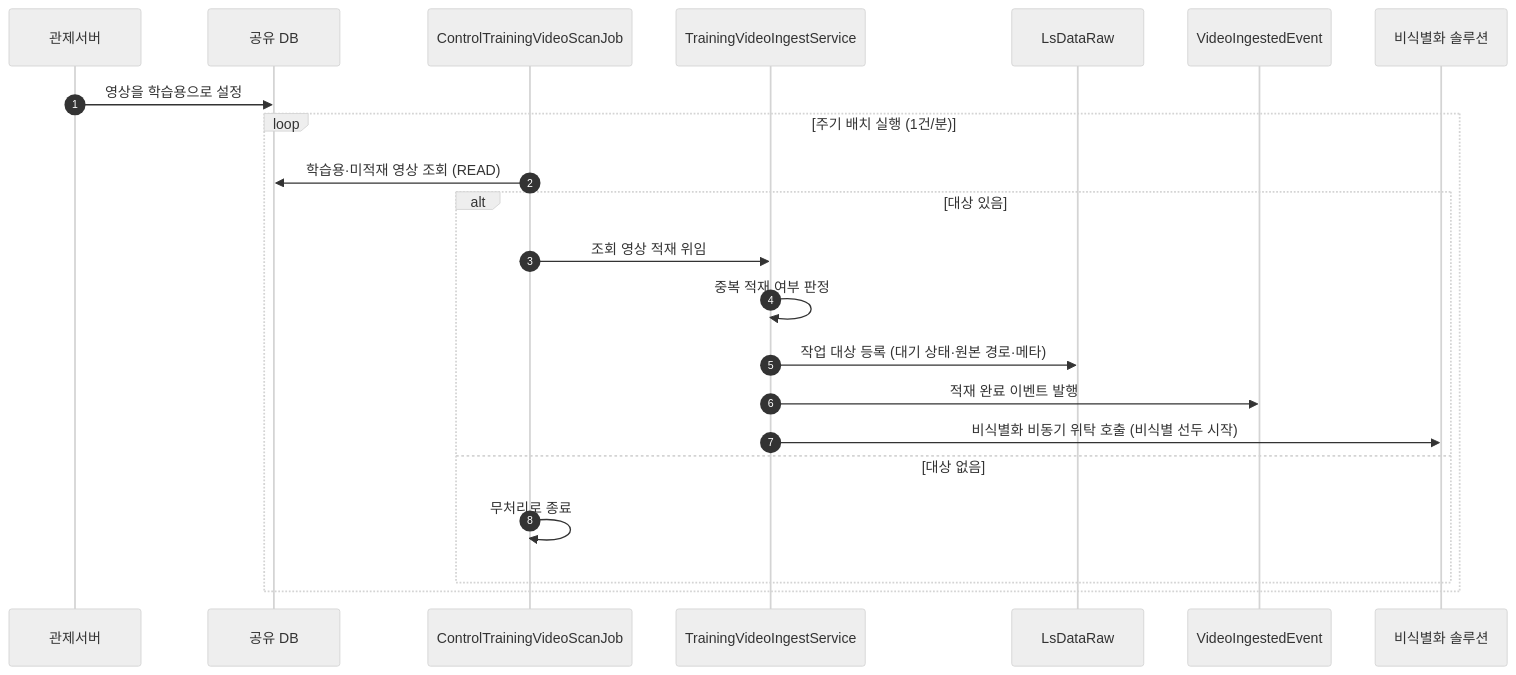
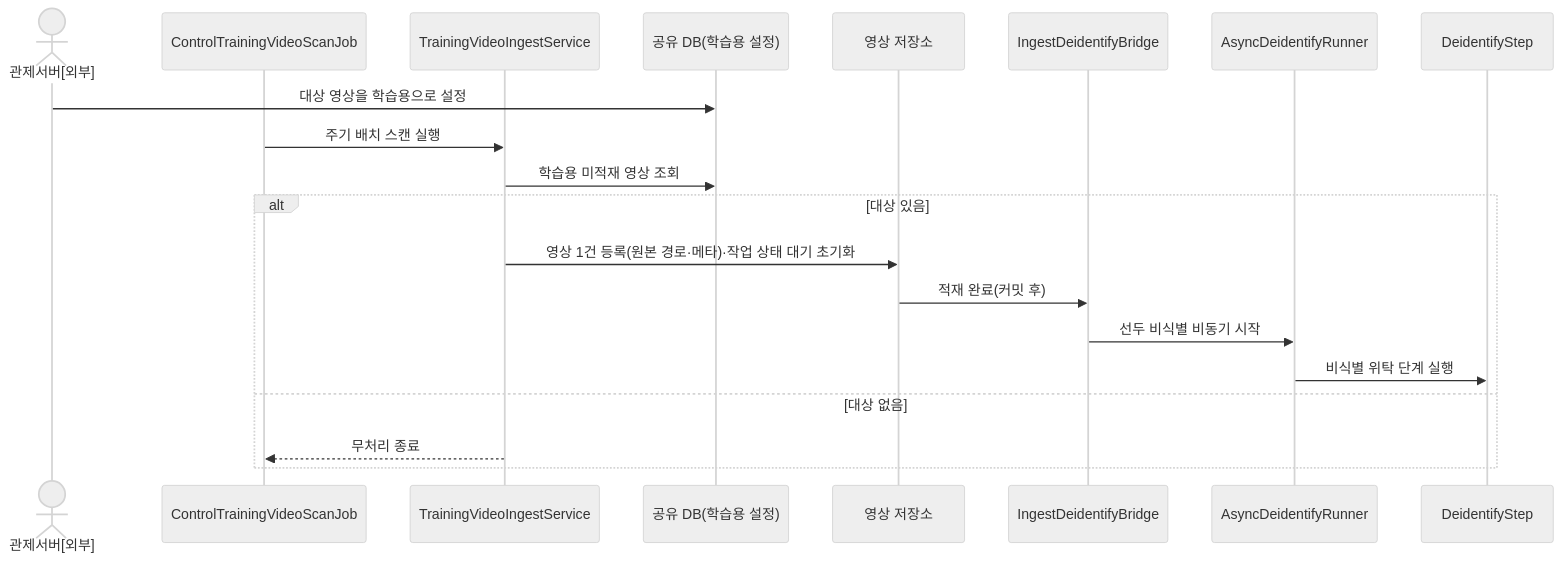
One commit to New-stella/klid-label changed diagram 14 of 36 in docs/design/D1-클래스설계서.md. Above: the diagram before and after it, drawn with Mermaid (neutral theme). The commit also changed other lines of this file and 7 other files, not shown here.

````diff
--- a/docs/design/D1-클래스설계서.md
+++ b/docs/design/D1-클래스설계서.md
@@ -727,24 +610,22 @@
 ```mermaid
 sequenceDiagram
-    autonumber
-    participant CS as 관제서버
-    participant SDB as 공유 DB
-    participant SJ as ControlTrainingVideoScanJob
-    participant IS as TrainingVideoIngestService
-    participant DR as LsDataRaw
-    participant EV as VideoIngestedEvent
-    participant DI as 비식별화 솔루션
-    CS->>SDB: 영상을 학습용으로 설정
-    loop 주기 배치 실행 (1건/분)
-        SJ->>SDB: 학습용·미적재 영상 조회 (READ)
-        alt 대상 있음
-            SJ->>IS: 조회 영상 적재 위임
-            IS->>IS: 중복 적재 여부 판정
-            IS->>DR: 작업 대상 등록 (대기 상태·원본 경로·메타)
-            IS->>EV: 적재 완료 이벤트 발행
-            IS->>DI: 비식별화 비동기 위탁 호출 (비식별 선두 시작)
-        else 대상 없음
-            SJ->>SJ: 무처리로 종료
-        end
+    actor CTRL as 관제서버[외부]
+    participant J as ControlTrainingVideoScanJob
+    participant S as TrainingVideoIngestService
+    participant DB as 공유 DB(학습용 설정)
+    participant V as 영상 저장소
+    participant B as IngestDeidentifyBridge
+    participant R as AsyncDeidentifyRunner
+    participant D as DeidentifyStep
+    CTRL->>DB: 대상 영상을 학습용으로 설정
+    J->>S: 주기 배치 스캔 실행
+    S->>DB: 학습용 미적재 영상 조회
+    alt 대상 있음
+        S->>V: 영상 1건 등록(원본 경로·메타)·작업 상태 대기 초기화
+        V->>B: 적재 완료(커밋 후)
+        B->>R: 선두 비식별 비동기 시작
+        R->>D: 비식별 위탁 단계 실행
+    else 대상 없음
+        S-->>J: 무처리 종료
     end
 ```
````
